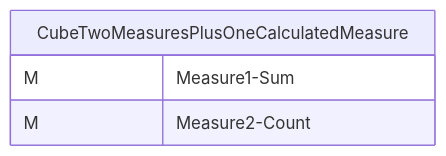
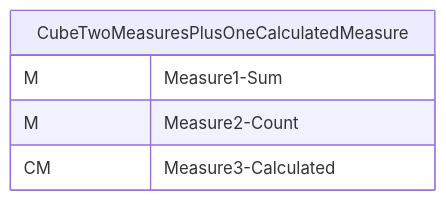
Before and after one commit to xmla-services/workground: the first of 3 diagrams in demo/server/catalogs/tutorial_01-04-05_Cube_Measure_CalculatedMember/README.MD, drawn with Mermaid. The commit also changed 15 other files, not shown here.

````diff
--- a/demo/server/catalogs/tutorial_01-04-05_Cube_Measure_CalculatedMember/README.MD
+++ b/demo/server/catalogs/tutorial_01-04-05_Cube_Measure_CalculatedMember/README.MD
@@ -29,18 +29,19 @@
 ```mermaid
 %%{init: {
 "theme": "default",
 "themeCSS": [
     ".er.entityBox {stroke: black;}",
     ".er.attributeBoxEven {stroke: black;}",
     ".er.attributeBoxOdd {stroke: black;}",
     "[id^=entity-c] .er.entityBox { fill: lightgreen;} ",
     "[id^=entity-d] .er.entityBox { fill: powderblue;} ",
     "[id^=entity-h] .er.entityBox { fill: pink;} "
 ]
 }}%%
 erDiagram
 c0["CubeTwoMeasuresPlusOneCalculatedMeasure"]{
 M Measure1-Sum ""
 M Measure2-Count ""
+CM Measure3-Calculated ""
 }
 ```
````
